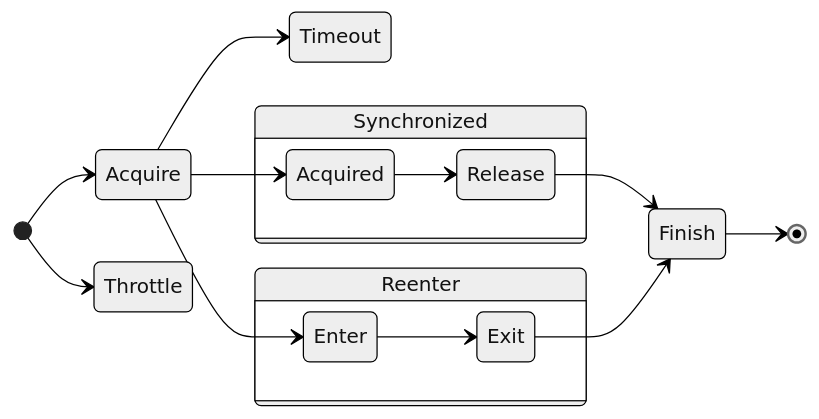
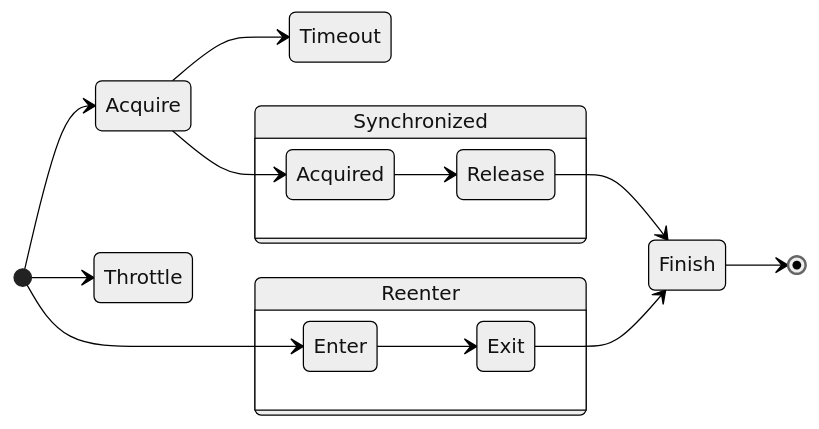
The diagram in README.md (tomohisaota/ya-syn), drawn with Mermaid (neutral theme) before and after one commit. The commit also changed other lines of this file and 4 other files, not shown here.

````diff
--- a/README.md
+++ b/README.md
@@ -12,20 +12,20 @@
 ```mermaid
 
 stateDiagram-v2
     direction LR
     [*] --> Acquire
     [*] --> Throttle
     Acquire --> Timeout
     Acquire --> Acquired
     state Synchronized {
         Acquired --> Release
     }
     Release --> Finish
-    Acquire --> Enter
+    [*] --> Enter
     state Reenter {
         direction LR
         Enter --> Exit
     }
     Exit --> Finish
     Finish --> [*]
 ```
````
